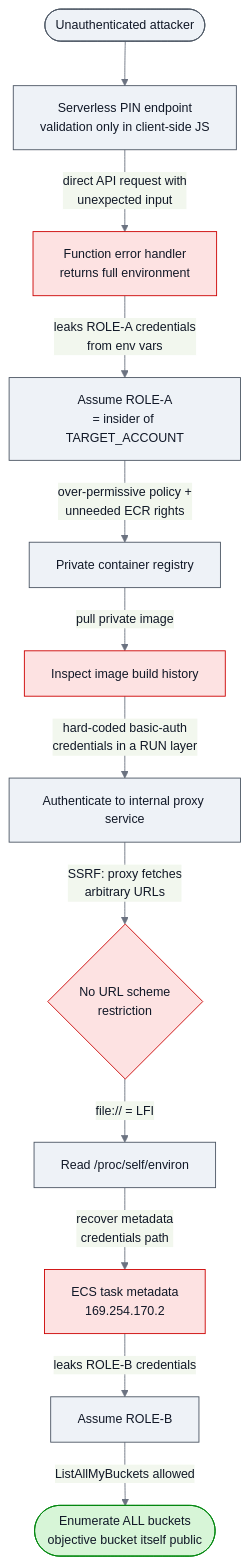
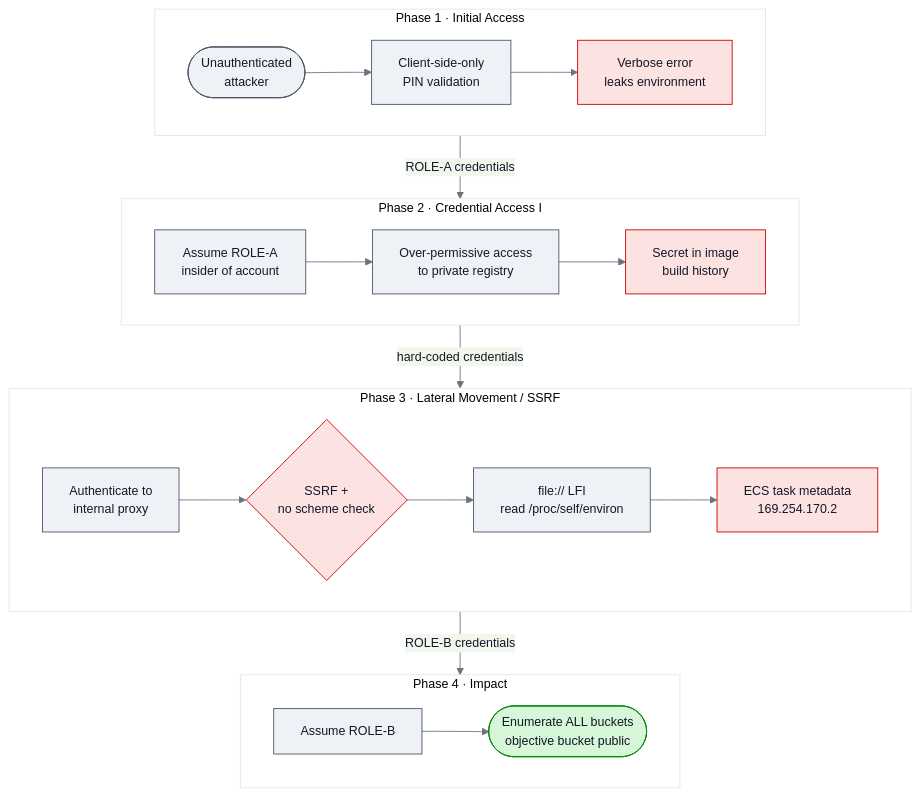
One commit to abmanaf-prog/aws-attack-path-flaws2 changed the diagram in attack-path.md. Above: the diagram before and after it, drawn with Mermaid.

Commit message:
Restructure attack-path diagram into labeled phases (horizontal lanes, better aspect ratio)

````diff
--- a/attack-path.md
+++ b/attack-path.md
@@ -5,29 +5,38 @@
 ```mermaid
 %%{init: {'theme':'base', 'themeVariables': {
   'fontSize':'14px',
   'lineColor':'#6b7280',
   'primaryColor':'#eef2f7',
   'primaryTextColor':'#111827',
   'primaryBorderColor':'#4b5563'
 }}}%%
 flowchart TD
-    A([Unauthenticated attacker]) --> B[Serverless PIN endpoint<br/>validation only in client-side JS]
-    B -->|direct API request with<br/>unexpected input| C[Function error handler<br/>returns full environment]
-    C -->|leaks ROLE-A credentials<br/>from env vars| D[Assume ROLE-A<br/>= insider of TARGET_ACCOUNT]
-    D -->|over-permissive policy +<br/>unneeded ECR rights| E[Private container registry]
-    E -->|pull private image| F[Inspect image build history]
-    F -->|hard-coded basic-auth<br/>credentials in a RUN layer| G[Authenticate to internal proxy service]
-    G -->|SSRF: proxy fetches<br/>arbitrary URLs| H{No URL scheme<br/>restriction}
-    H -->|file:// = LFI| I[Read /proc/self/environ]
-    I -->|recover metadata<br/>credentials path| J[ECS task metadata<br/>169.254.170.2]
-    J -->|leaks ROLE-B credentials| K[Assume ROLE-B]
-    K -->|ListAllMyBuckets allowed| L([Enumerate ALL buckets<br/>objective bucket itself public])
+    subgraph P1 [Phase 1 &middot; Initial Access]
+      direction LR
+      A([Unauthenticated<br/>attacker]) --> B[Client-side-only<br/>PIN validation] --> C[Verbose error<br/>leaks environment]
+    end
+    subgraph P2 [Phase 2 &middot; Credential Access I]
+      direction LR
+      D[Assume ROLE-A<br/>insider of account] --> E[Over-permissive access<br/>to private registry] --> F[Secret in image<br/>build history]
+    end
+    subgraph P3 [Phase 3 &middot; Lateral Movement / SSRF]
+      direction LR
+      G[Authenticate to<br/>internal proxy] --> H{SSRF +<br/>no scheme check} --> I[file:// LFI<br/>read /proc/self/environ] --> J[ECS task metadata<br/>169.254.170.2]
+    end
+    subgraph P4 [Phase 4 &middot; Impact]
+      direction LR
+      K[Assume ROLE-B] --> L([Enumerate ALL buckets<br/>objective bucket public])
+    end
+
+    C -->|ROLE-A credentials| D
+    F -->|hard-coded credentials| G
+    J -->|ROLE-B credentials| K
 
     classDef step fill:#eef2f7,stroke:#4b5563,color:#111827;
     classDef danger fill:#fde2e2,stroke:#cc0000,color:#111827;
     classDef goal fill:#d7f5d7,stroke:#00870e,color:#111827;
 
     class A,B,D,E,G,I,K step;
     class C,F,H,J danger;
     class L goal;
 ```
````
